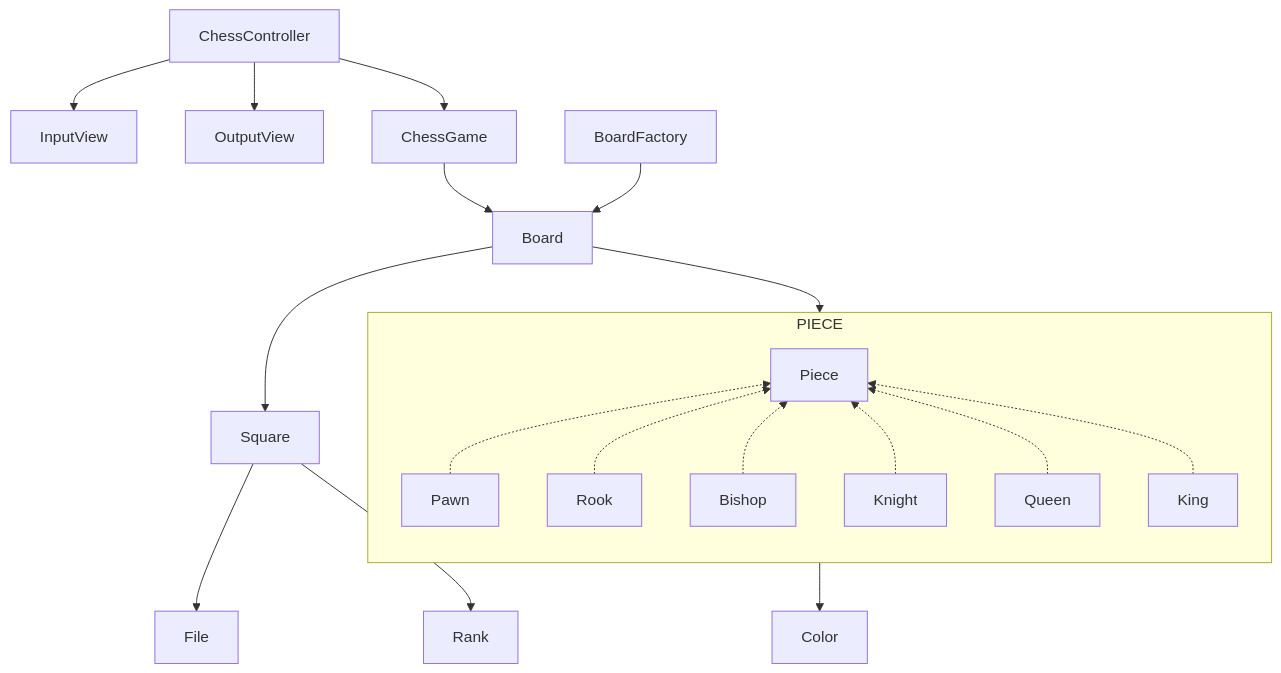
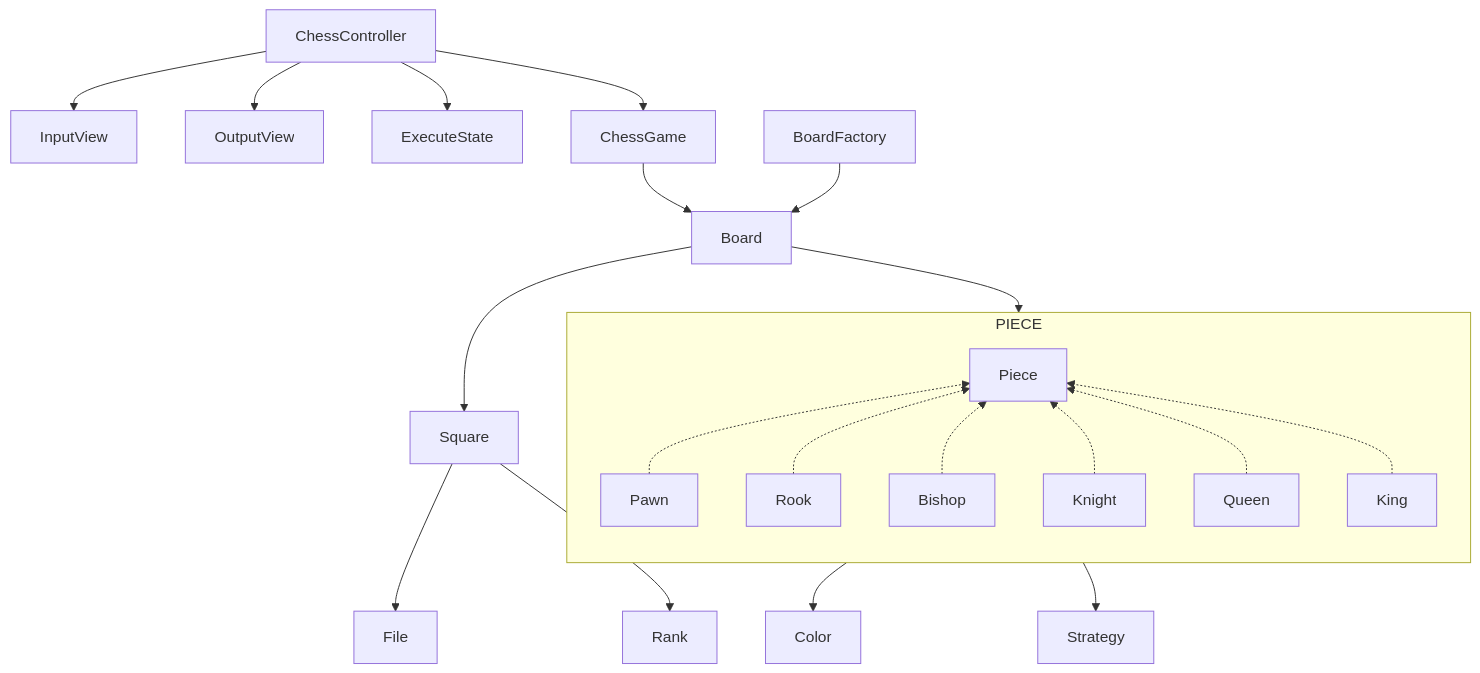
One commit to woowacourse/java-chess changed the diagram in src/docs/README.md. Above: the diagram before and after it, drawn with Mermaid. The commit also changed other lines of this file, not shown here.

Commit message:
docs: 요구사항 명세서 수정

````diff
--- a/src/docs/README.md
+++ b/src/docs/README.md
@@ -3,28 +3,30 @@
 ```mermaid
 graph TD
-    ChessController --> InputView
-    ChessController --> OutputView
+  ChessController --> InputView
+  ChessController --> OutputView
+  ChessController --> ExecuteState
 
-    ChessController --> ChessGame
-    ChessGame --> Board
+  ChessController --> ChessGame
+  ChessGame --> Board
 
-    Square --> File
-    Square --> Rank
-    
-    BoardFactory --> Board
+  Square --> File
+  Square --> Rank
 
-    Board --> Square
-    Board --> PIECE
+  BoardFactory --> Board
 
-    PIECE --> Color
+  Board --> Square
+  Board --> PIECE
 
-    subgraph PIECE
-        direction BT
-        Pawn -.-> Piece
-        Rook -.-> Piece
-        Bishop -.-> Piece
-        Knight -.-> Piece
-        Queen -.-> Piece
-        King -.-> Piece
-    end
+  PIECE --> Color
+  PIECE --> Strategy
+
+  subgraph PIECE
+    direction BT
+    Pawn -.-> Piece
+    Rook -.-> Piece
+    Bishop -.-> Piece
+    Knight -.-> Piece
+    Queen -.-> Piece
+    King -.-> Piece
+  end
 ```
````
